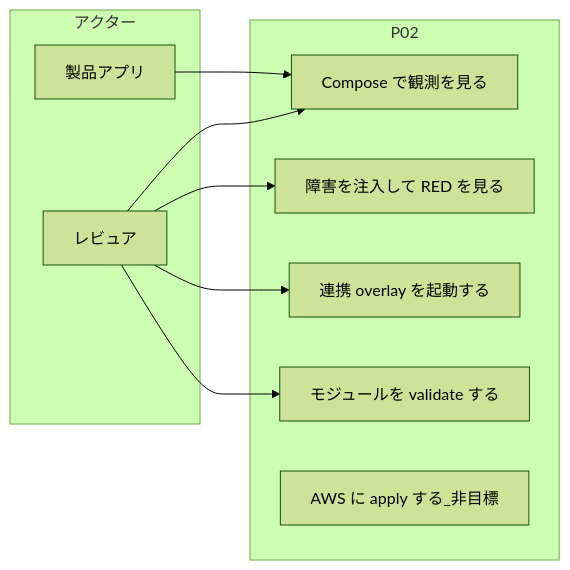
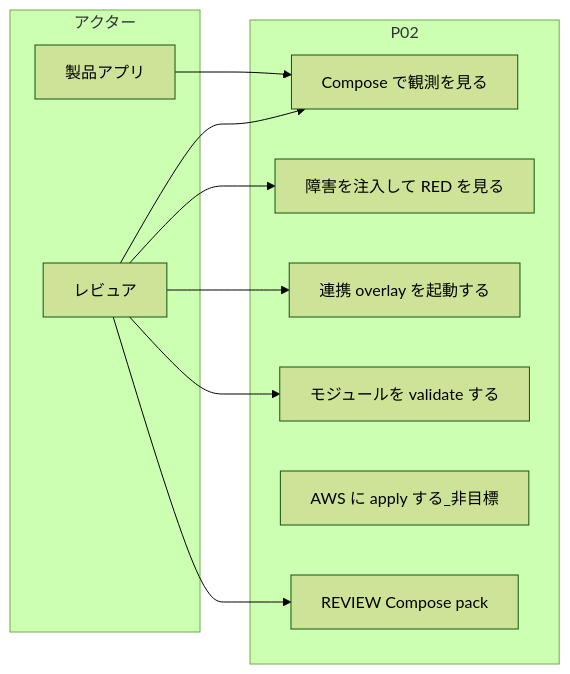
Before and after one commit to maeplego/portfolio-plan: the first of 4 diagrams in portfolio-plan/cloud-platform/docs/06-diagrams.md, drawn with Mermaid (forest theme). The commit also changed 50 other files, not shown here.

````diff
--- a/portfolio-plan/cloud-platform/docs/06-diagrams.md
+++ b/portfolio-plan/cloud-platform/docs/06-diagrams.md
@@ -15,19 +15,21 @@
 ```mermaid
 flowchart LR
   subgraph actors [アクター]
     Rev[レビュア]
     App[製品アプリ]
   end
   subgraph uc [P02]
     UC1[Compose で観測を見る]
     UC2[障害を注入して RED を見る]
     UC3[連携 overlay を起動する]
     UC4[モジュールを validate する]
     UC5[AWS に apply する_非目標]
+    UC6[REVIEW Compose pack]
   end
   Rev --> UC1
   Rev --> UC2
   Rev --> UC3
   Rev --> UC4
+  Rev --> UC6
   App --> UC1
 ```
````
